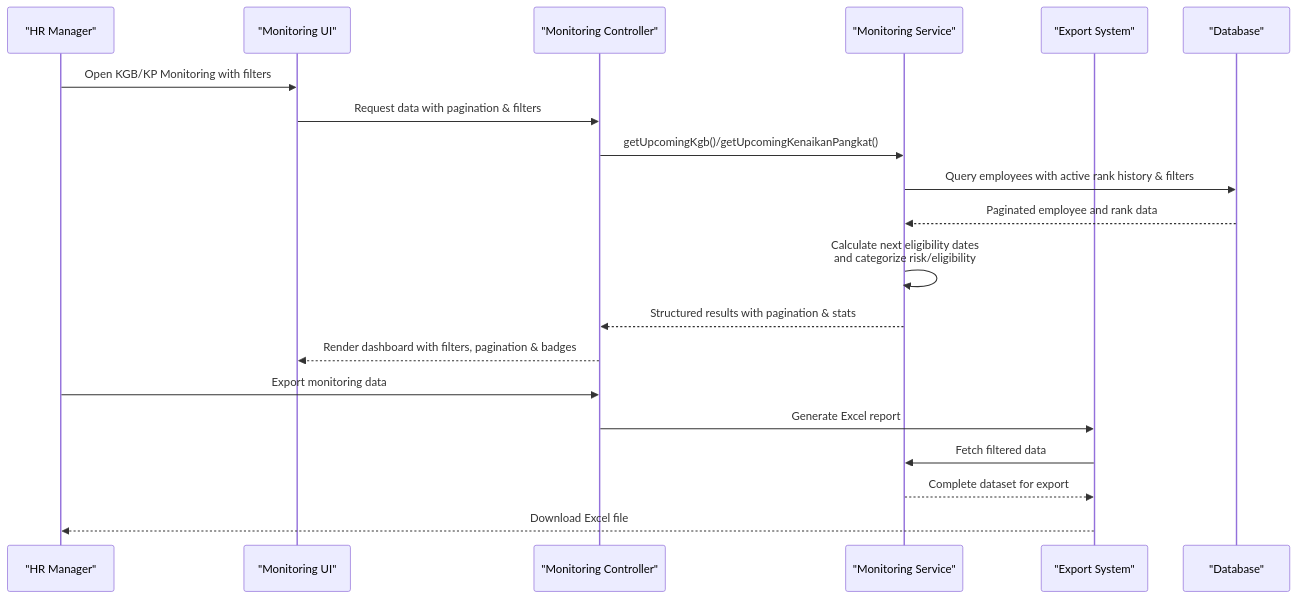
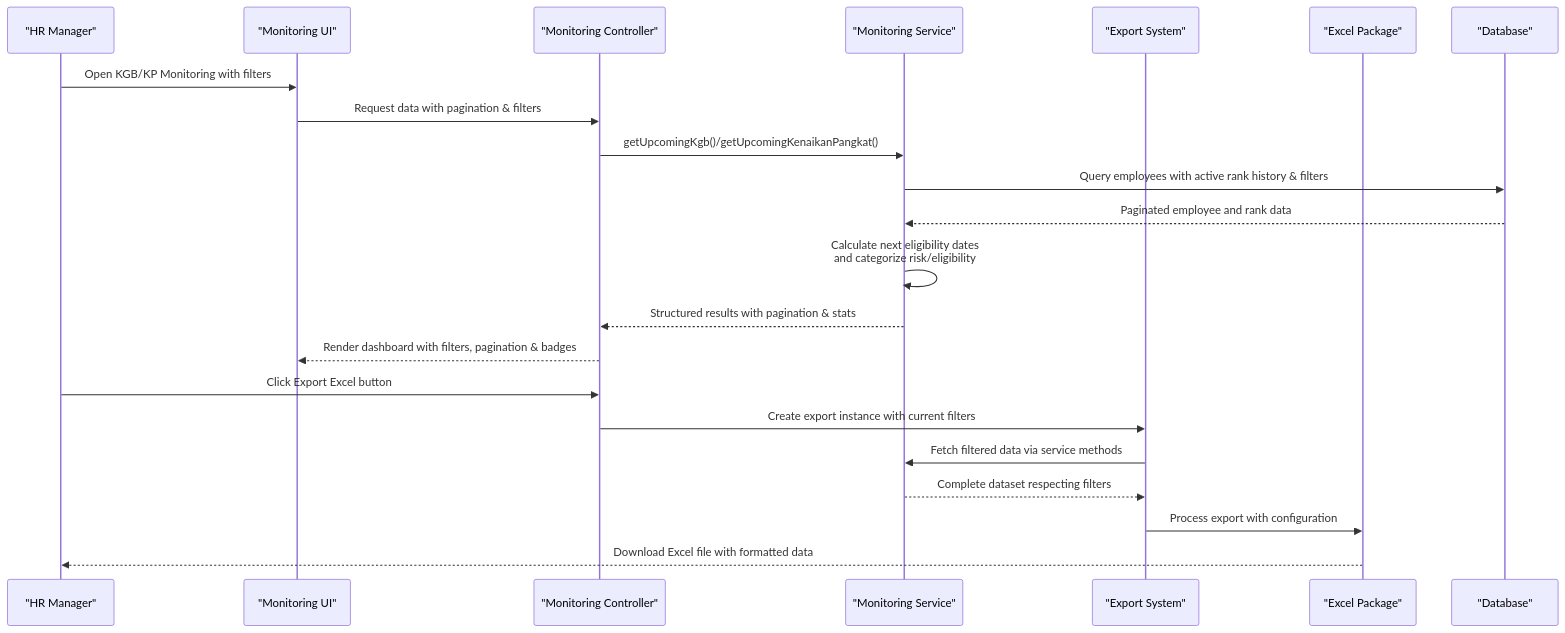
Before and after one commit to PA-Penajam/kepegawaian_apps: the second of 7 diagrams in .qoder/repowiki/en/content/Monitoring and Analytics System/Monitoring and Analytics System.md, drawn with Mermaid. The commit also changed other lines of this file and 5 other files, not shown here.

````diff
--- a/.qoder/repowiki/en/content/Monitoring and Analytics System/Monitoring and Analytics System.md
+++ b/.qoder/repowiki/en/content/Monitoring and Analytics System/Monitoring and Analytics System.md
@@ -165,22 +186,24 @@
 ```mermaid
 sequenceDiagram
 participant User as "HR Manager"
 participant UI as "Monitoring UI"
 participant Ctrl as "Monitoring Controller"
 participant Svc as "Monitoring Service"
 participant Export as "Export System"
+participant Excel as "Excel Package"
 participant DB as "Database"
 User->>UI : Open KGB/KP Monitoring with filters
 UI->>Ctrl : Request data with pagination & filters
 Ctrl->>Svc : getUpcomingKgb()/getUpcomingKenaikanPangkat()
 Svc->>DB : Query employees with active rank history & filters
 DB-->>Svc : Paginated employee and rank data
 Svc->>Svc : Calculate next eligibility dates<br/>and categorize risk/eligibility
 Svc-->>Ctrl : Structured results with pagination & stats
 Ctrl-->>UI : Render dashboard with filters, pagination & badges
-User->>Ctrl : Export monitoring data
-Ctrl->>Export : Generate Excel report
-Export->>Svc : Fetch filtered data
-Svc-->>Export : Complete dataset for export
-Export-->>User : Download Excel file
+User->>Ctrl : Click Export Excel button
+Ctrl->>Export : Create export instance with current filters
+Export->>Svc : Fetch filtered data via service methods
+Svc-->>Export : Complete dataset respecting filters
+Export->>Excel : Process export with configuration
+Excel-->>User : Download Excel file with formatted data
 ```
````
